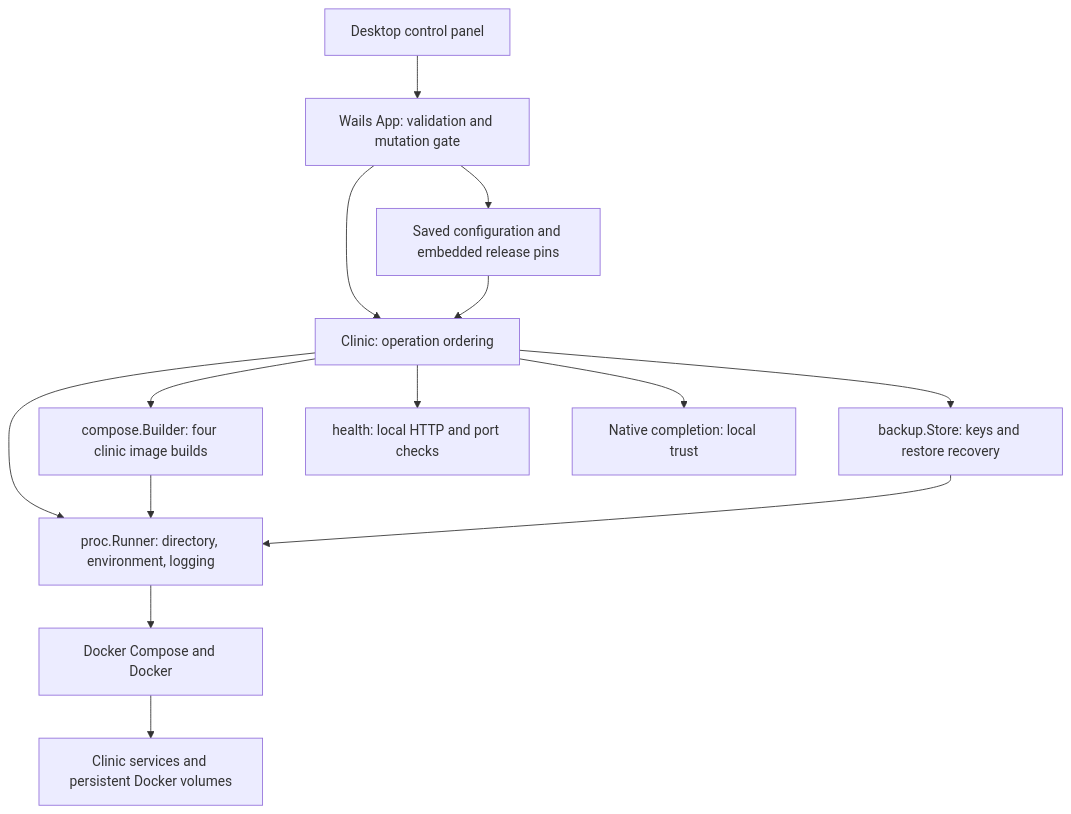
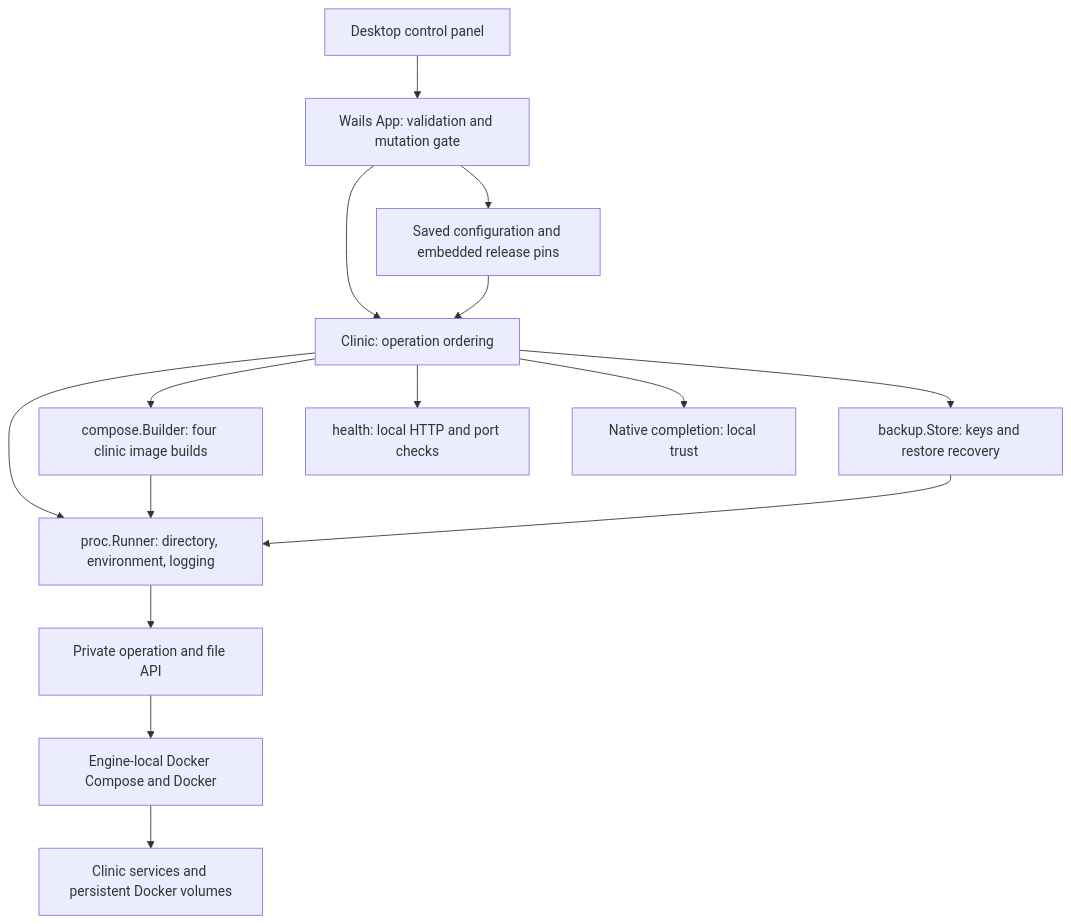
The first of 6 diagrams in docs/clinic-lifecycle.md (praffq/care_clinic), drawn with Mermaid before and after one commit. The commit also changed other lines of this file and 130 other files, not shown here.

````diff
--- a/docs/clinic-lifecycle.md
+++ b/docs/clinic-lifecycle.md
@@ -59,16 +59,17 @@
 ```mermaid
 flowchart TD
     UI["Desktop control panel"] --> App["Wails App: validation and mutation gate"]
     App --> Config["Saved configuration and embedded release pins"]
     App --> Clinic["Clinic: operation ordering"]
     Config --> Clinic
     Clinic --> Runner["proc.Runner: directory, environment, logging"]
     Clinic --> Builder["compose.Builder: four clinic image builds"]
     Clinic --> Backup["backup.Store: keys and restore recovery"]
     Clinic --> Health["health: local HTTP and port checks"]
     Clinic --> Native["Native completion: local trust"]
     Builder --> Runner
     Backup --> Runner
-    Runner --> Tools["Docker Compose and Docker"]
+    Runner --> Agent["Private operation and file API"]
+    Agent --> Tools["Engine-local Docker Compose and Docker"]
     Tools --> Stack["Clinic services and persistent Docker volumes"]
 ```
````
